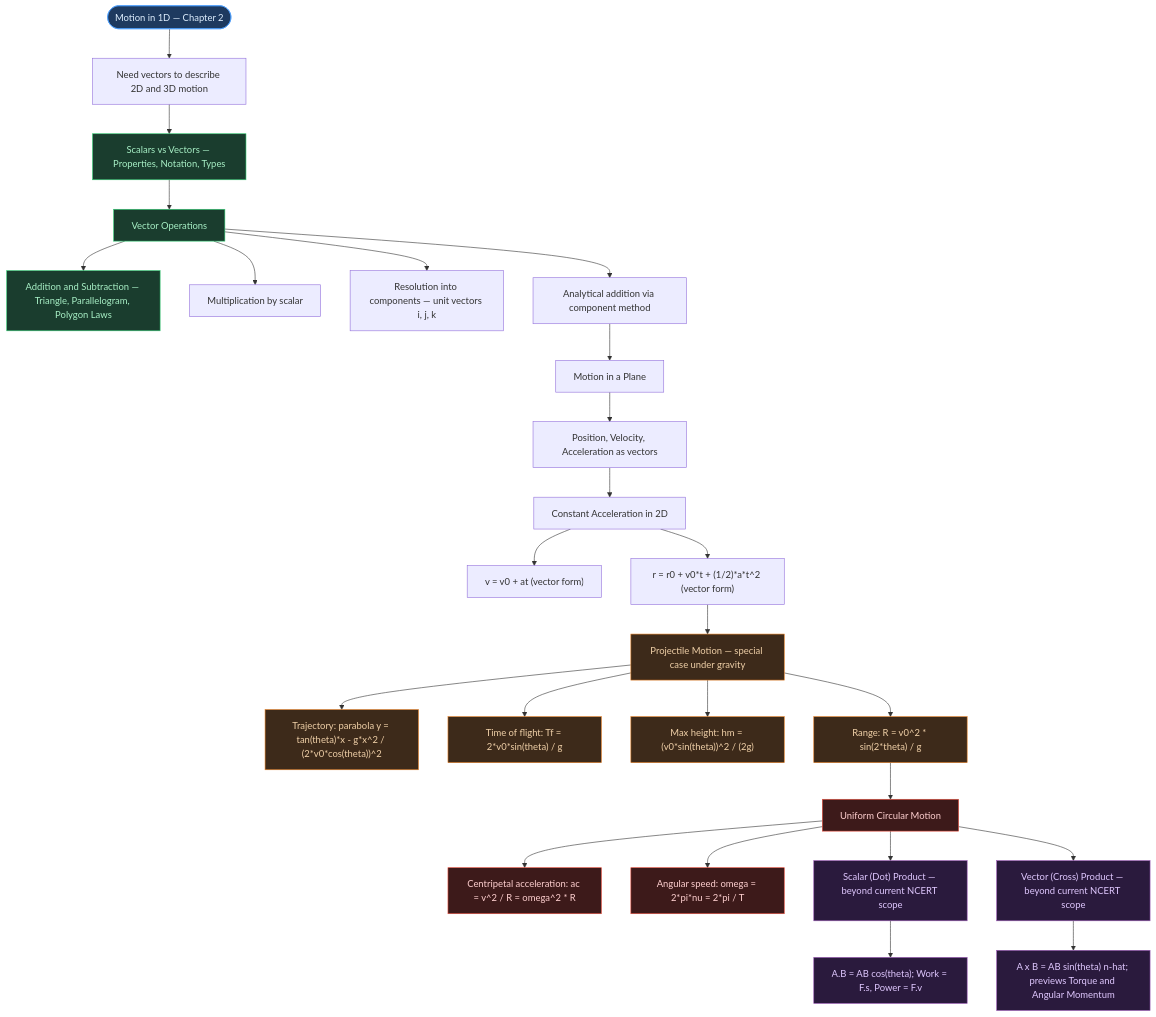
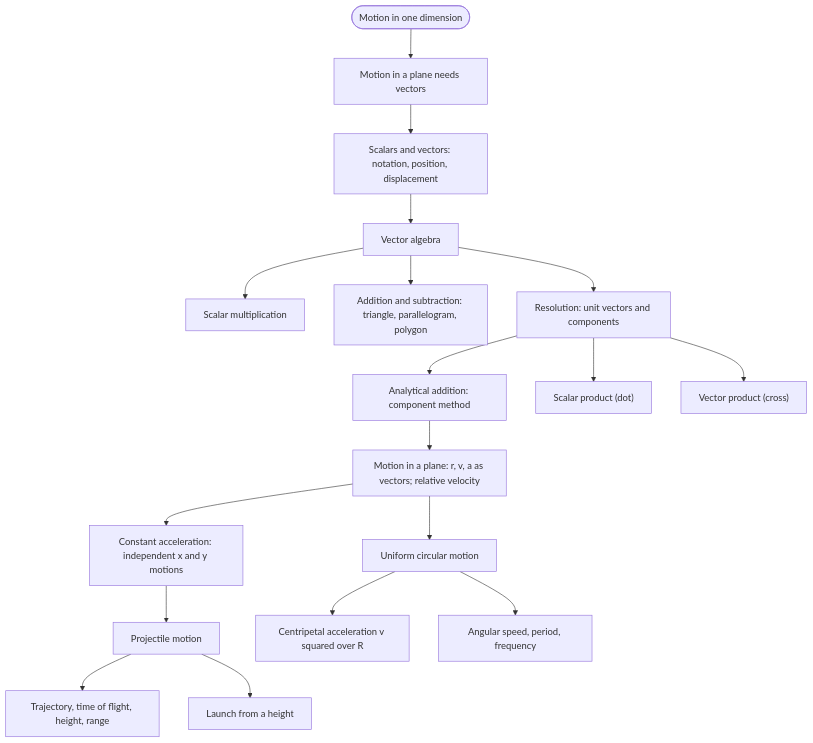
Before and after one commit to fsr-science/NCERT-Science: the first of 4 diagrams in AI-NOTES/PHYSICS/PHYSICS03-MOTION_IN_A_PLANE/PHYSICS03-MOTION_IN_A_PLANE-NOTES.md, drawn with Mermaid. The commit also changed other lines of this file and 1 other file, not shown here.

````diff
--- a/AI-NOTES/PHYSICS/PHYSICS03-MOTION_IN_A_PLANE/PHYSICS03-MOTION_IN_A_PLANE-NOTES.md
+++ b/AI-NOTES/PHYSICS/PHYSICS03-MOTION_IN_A_PLANE/PHYSICS03-MOTION_IN_A_PLANE-NOTES.md
@@ -8,45 +109,21 @@
 ```mermaid
 flowchart TD
-    A(["Motion in 1D — Chapter 2"])
-    A --> B["Need vectors to describe 2D and 3D motion"]
-    B --> C["Scalars vs Vectors — Properties, Notation, Types"]
-    C --> D["Vector Operations"]
-    D --> D1["Addition and Subtraction — Triangle, Parallelogram, Polygon Laws"]
-    D --> D2["Multiplication by scalar"]
-    D --> D3["Resolution into components — unit vectors i, j, k"]
-    D --> D4["Analytical addition via component method"]
-    D4 --> E["Motion in a Plane"]
-    E --> E1["Position, Velocity, Acceleration as vectors"]
-    E1 --> F["Constant Acceleration in 2D"]
-    F --> F1["v = v0 + at (vector form)"]
-    F --> F2["r = r0 + v0*t + (1/2)*a*t^2 (vector form)"]
-    F2 --> G["Projectile Motion — special case under gravity"]
-    G --> G1["Trajectory: parabola y = tan(theta)*x - g*x^2 / (2*v0*cos(theta))^2"]
-    G --> G2["Time of flight: Tf = 2*v0*sin(theta) / g"]
-    G --> G3["Max height: hm = (v0*sin(theta))^2 / (2g)"]
-    G --> G4["Range: R = v0^2 * sin(2*theta) / g"]
-    G4 --> H["Uniform Circular Motion"]
-    H --> H1["Centripetal acceleration: ac = v^2 / R = omega^2 * R"]
-    H --> H2["Angular speed: omega = 2*pi*nu = 2*pi / T"]
-    H --> I["Scalar (Dot) Product — beyond current NCERT scope"]
-    I --> I1["A.B = AB cos(theta); Work = F.s, Power = F.v"]
-    H --> J["Vector (Cross) Product — beyond current NCERT scope"]
-    J --> J1["A x B = AB sin(theta) n-hat; previews Torque and Angular Momentum"]
-
-    style A fill:#1e3a5f,color:#e0f0ff,stroke:#4a9eff
-    style C fill:#1a3d2e,color:#a8f0c6,stroke:#2ecc71
-    style D fill:#1a3d2e,color:#a8f0c6,stroke:#2ecc71
-    style D1 fill:#1a3d2e,color:#a8f0c6,stroke:#2ecc71
-    style G fill:#3d2a1a,color:#f0d0a8,stroke:#e67e22
-    style G1 fill:#3d2a1a,color:#f0d0a8,stroke:#e67e22
-    style G2 fill:#3d2a1a,color:#f0d0a8,stroke:#e67e22
-    style G3 fill:#3d2a1a,color:#f0d0a8,stroke:#e67e22
-    style G4 fill:#3d2a1a,color:#f0d0a8,stroke:#e67e22
-    style H fill:#3d1a1a,color:#ffd0d0,stroke:#e74c3c
-    style H1 fill:#3d1a1a,color:#ffd0d0,stroke:#e74c3c
-    style H2 fill:#3d1a1a,color:#ffd0d0,stroke:#e74c3c
-    style I fill:#2a1a3d,color:#e0c8ff,stroke:#9b59b6
-    style I1 fill:#2a1a3d,color:#e0c8ff,stroke:#9b59b6
-    style J fill:#2a1a3d,color:#e0c8ff,stroke:#9b59b6
-    style J1 fill:#2a1a3d,color:#e0c8ff,stroke:#9b59b6
+    A(["Motion in one dimension"])
+    A --> B["Motion in a plane needs vectors"]
+    B --> C["Scalars and vectors: notation, position, displacement"]
+    C --> D["Vector algebra"]
+    D --> D1["Scalar multiplication"]
+    D --> D2["Addition and subtraction: triangle, parallelogram, polygon"]
+    D --> D3["Resolution: unit vectors and components"]
+    D3 --> D4["Analytical addition: component method"]
+    D3 --> D5["Scalar product (dot)"]
+    D3 --> D6["Vector product (cross)"]
+    D4 --> E["Motion in a plane: r, v, a as vectors; relative velocity"]
+    E --> F["Constant acceleration: independent x and y motions"]
+    F --> G["Projectile motion"]
+    G --> G1["Trajectory, time of flight, height, range"]
+    G --> G2["Launch from a height"]
+    E --> H["Uniform circular motion"]
+    H --> H1["Centripetal acceleration v squared over R"]
+    H --> H2["Angular speed, period, frequency"]
 ```
````
